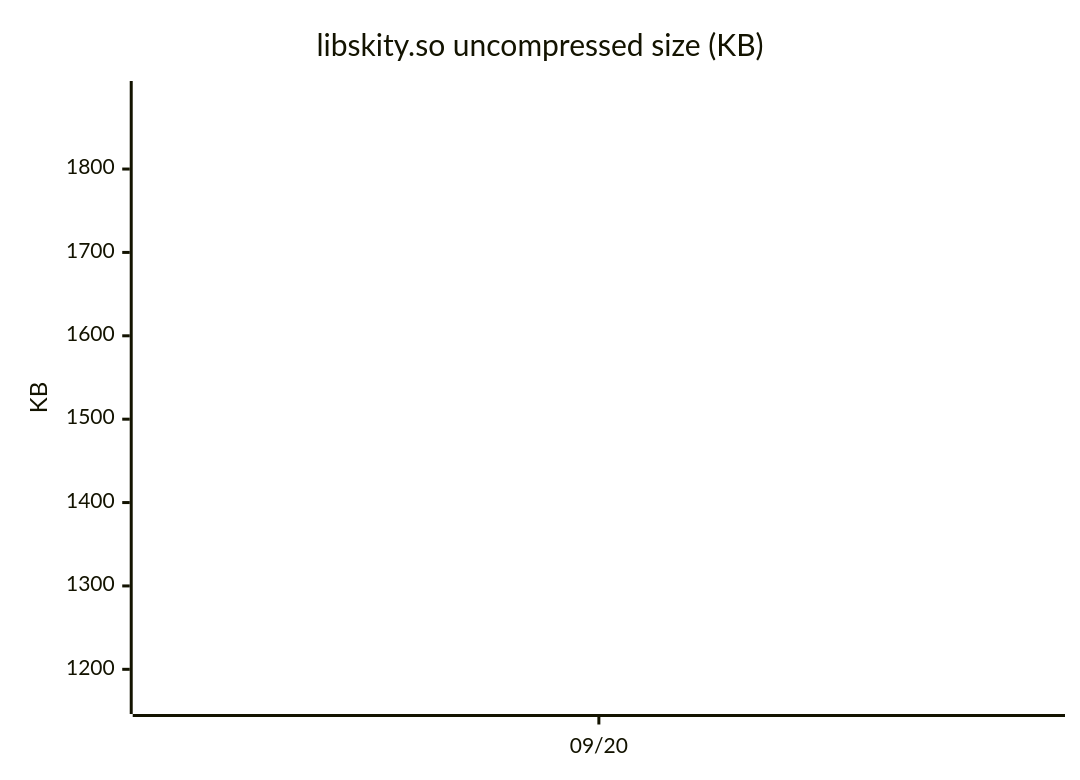
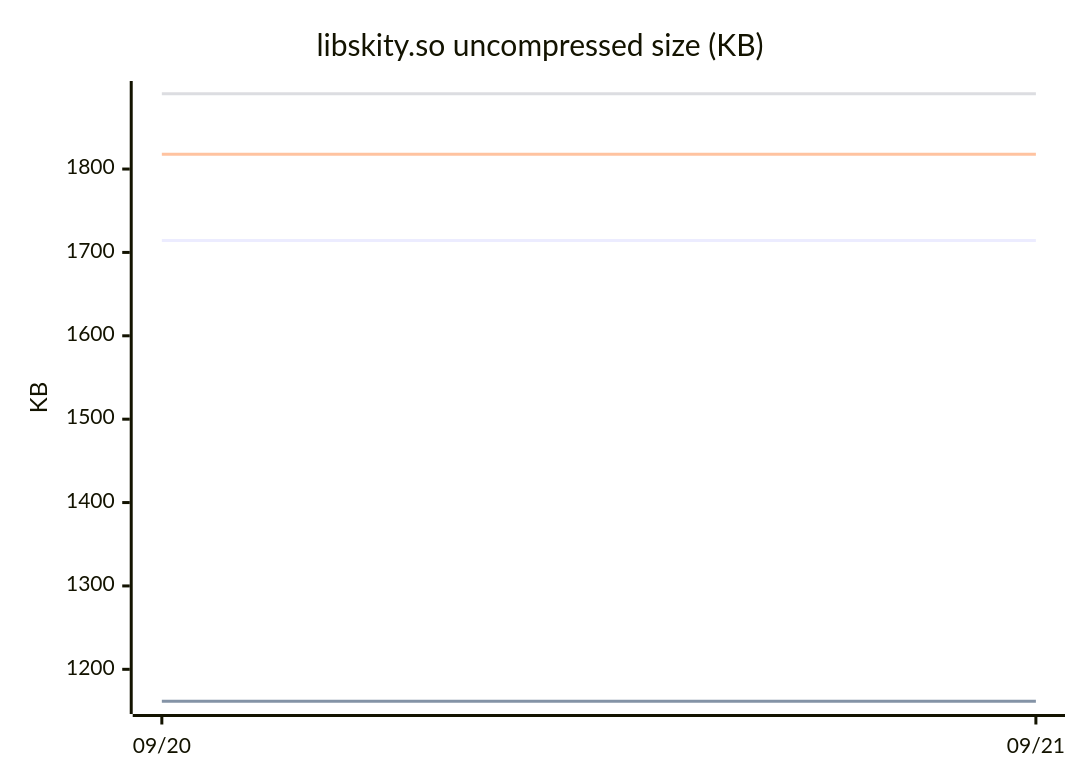
The first of 2 diagrams in README.md (lynx-family/skity), drawn with Mermaid before and after one commit. The commit also changed other lines of this file and 1 other file, not shown here.

````diff
--- a/README.md
+++ b/README.md
@@ -18,10 +18,10 @@
 ```mermaid
 xychart-beta
     title "libskity.so uncompressed size (KB)"
-    x-axis ["09/20"]
+    x-axis ["09/20", "09/21"]
     y-axis "KB"
-    line "arm64-v8a" [1714.3]
-    line "armeabi-v7a" [1161.7]
-    line "x86" [1817.6]
-    line "x86_64" [1890.3]
+    line "arm64-v8a" [1714.3, 1714.3]
+    line "armeabi-v7a" [1161.7, 1161.7]
+    line "x86" [1817.6, 1817.6]
+    line "x86_64" [1890.3, 1890.3]
 ```
````
